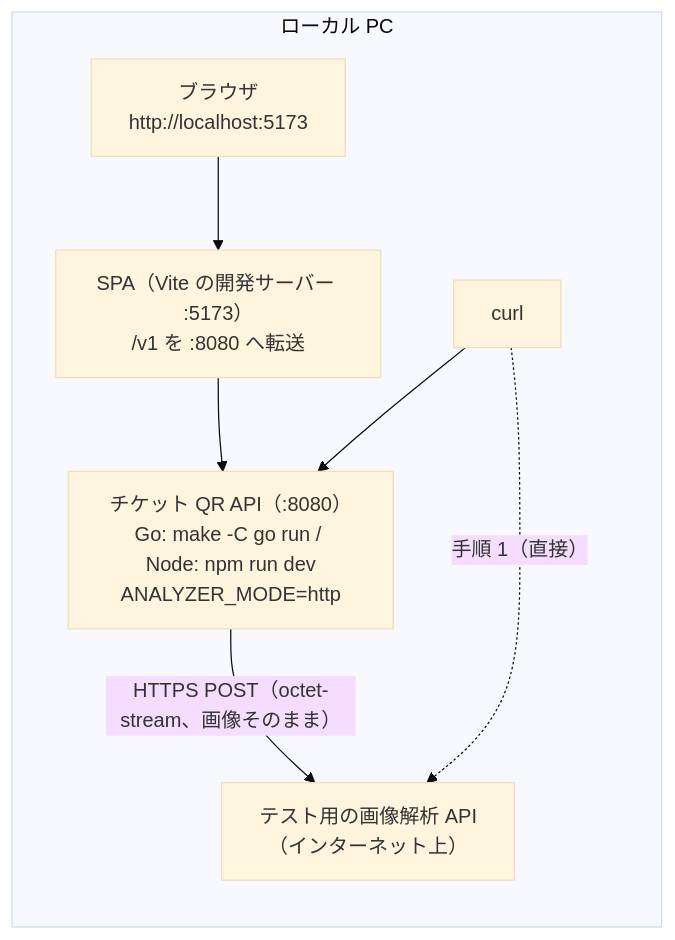
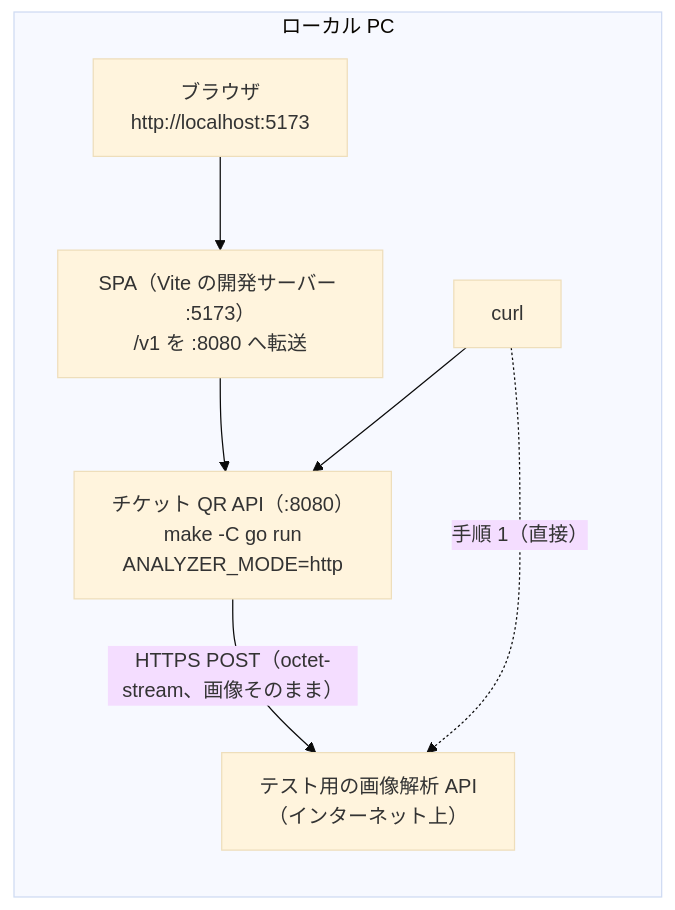
Before and after one commit to rxsxkxd/pk: the diagram in docs/st/LOCAL_ANALYZER_TEST.md, drawn with Mermaid (base theme). The commit also changed other lines of this file and 30 other files, not shown here.

````diff
--- a/docs/st/LOCAL_ANALYZER_TEST.md
+++ b/docs/st/LOCAL_ANALYZER_TEST.md
@@ -9,10 +9,10 @@
 ```mermaid
 flowchart LR
   subgraph PC["ローカル PC"]
     BR["ブラウザ<br/>http://localhost:5173"] --> VITE["SPA（Vite の開発サーバー :5173）<br/>/v1 を :8080 へ転送"]
-    VITE --> API["チケット QR API（:8080）<br/>Go: make -C go run / Node: npm run dev<br/>ANALYZER_MODE=http"]
+    VITE --> API["チケット QR API（:8080）<br/>make -C go run<br/>ANALYZER_MODE=http"]
     CURL["curl"] --> API
     CURL -.->|"手順 1（直接）"| TA
   end
   API -->|"HTTPS POST（octet-stream、画像そのまま）"| TA["テスト用の画像解析 API<br/>（インターネット上）"]
 ```
````
